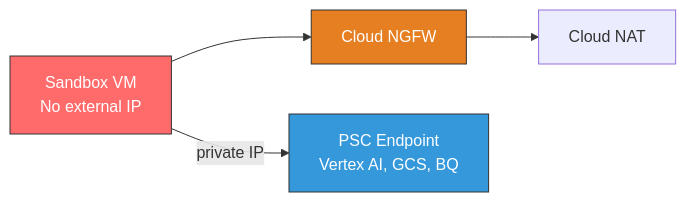
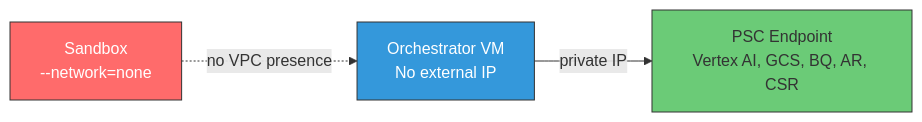
The fourth of 9 diagrams in APPROACH.md (prashantkul/anthropic-mythos-on-gcp), drawn with Mermaid before and after one commit. The commit also changed other lines of this file and 1 other file, not shown here.

First line of the commit message:
Update architecture docs to reflect --network=none sandbox

````diff
--- a/APPROACH.md
+++ b/APPROACH.md
@@ -310,10 +315,9 @@
 ```mermaid
 graph LR
-    VM[Sandbox VM\nNo external IP] --> NGFW_EP[Cloud NGFW]
-    NGFW_EP --> NAT_VPC[Cloud NAT]
-    VM -->|private IP| PSC[PSC Endpoint\nVertex AI, GCS, BQ]
+    VM[Orchestrator VM<br/>No external IP] -->|private IP| PSC[PSC Endpoint<br/>Vertex AI, GCS, BQ, AR, CSR]
+    SBX[Sandbox<br/>--network=none] -.->|no VPC presence| VM
 
-    style VM fill:#ff6b6b,stroke:#333,color:#fff
-    style NGFW_EP fill:#e67e22,stroke:#333,color:#fff
-    style PSC fill:#3498db,stroke:#333,color:#fff
+    style VM fill:#3498db,stroke:#333,color:#fff
+    style SBX fill:#ff6b6b,stroke:#333,color:#fff
+    style PSC fill:#6bcb77,stroke:#333
 ```
````
